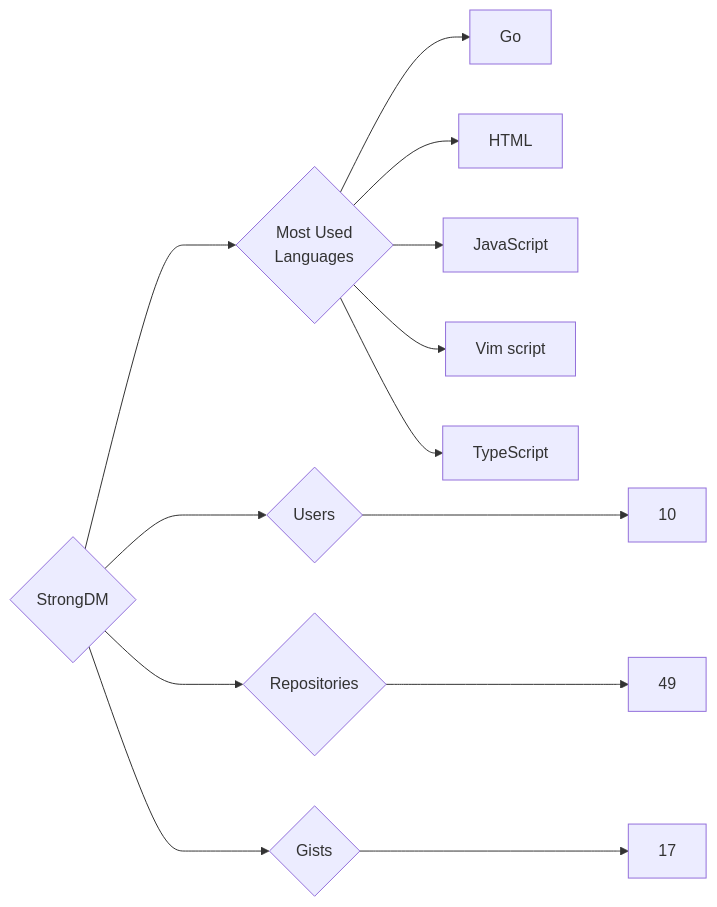
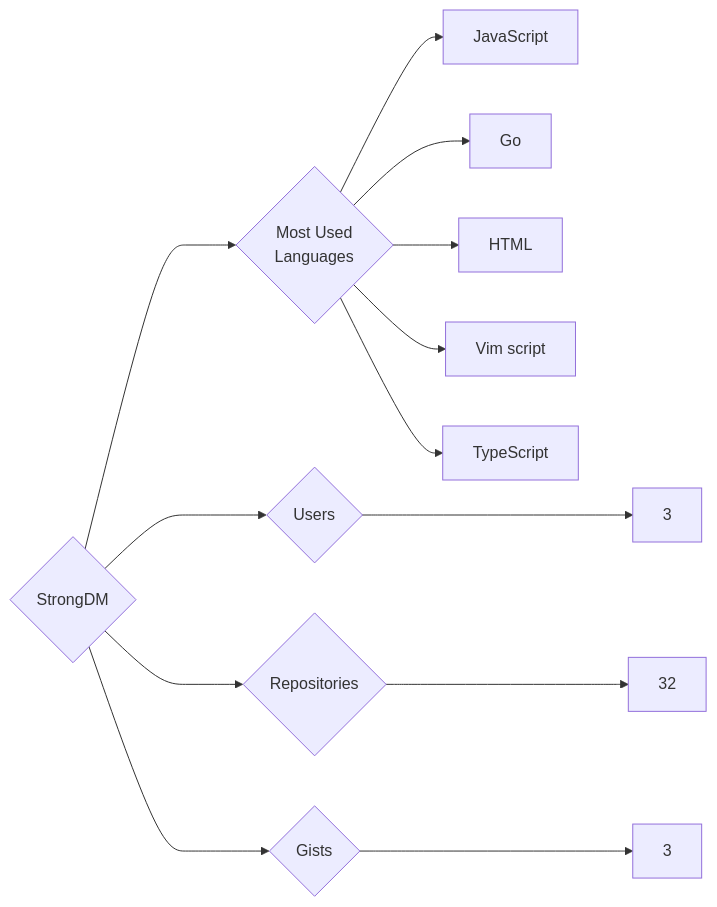
One commit to trickest/insiders changed the diagram in targets/StrongDM/README.md. Above: the diagram before and after it, drawn with Mermaid. The commit also changed 839 other files, not shown here.

````diff
--- a/targets/StrongDM/README.md
+++ b/targets/StrongDM/README.md
@@ -3,13 +3,13 @@
 ```mermaid
 graph LR
 COMPANY_NAME{StrongDM}
-COMPANY_NAME ---> U{Users} ---> UN[10]
-COMPANY_NAME ---> R{Repositories} ---> RN[49]
-COMPANY_NAME ---> G{Gists} ---> GN[17]
+COMPANY_NAME ---> U{Users} ---> UN[3]
+COMPANY_NAME ---> R{Repositories} ---> RN[32]
+COMPANY_NAME ---> G{Gists} ---> GN[3]
 COMPANY_NAME ---> ML{Most Used<br>Languages}
+ML --> JavaScript[JavaScript]
 ML --> Go[Go]
 ML --> HTML[HTML]
-ML --> JavaScript[JavaScript]
 ML --> Vim_script[Vim script]
 ML --> TypeScript[TypeScript]
 ```
````
